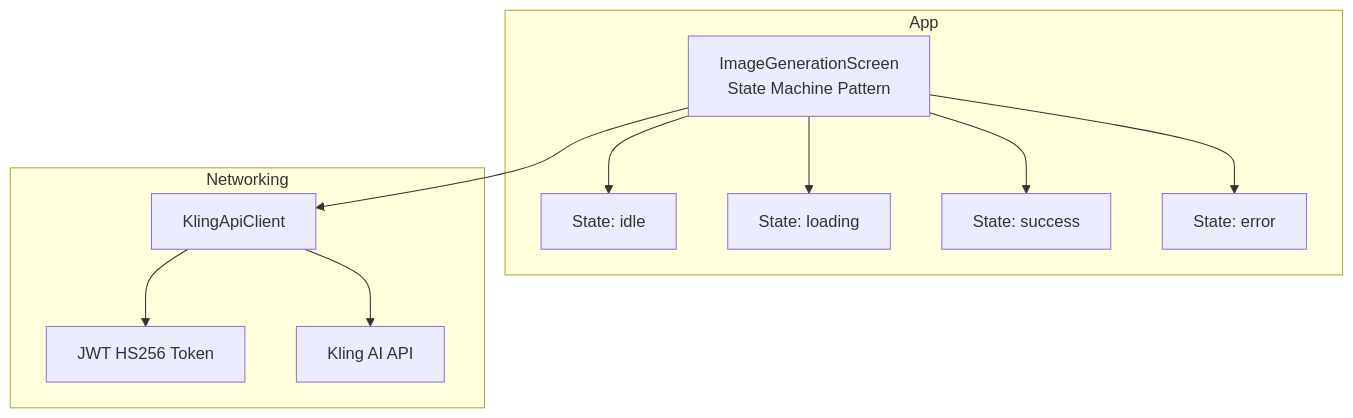
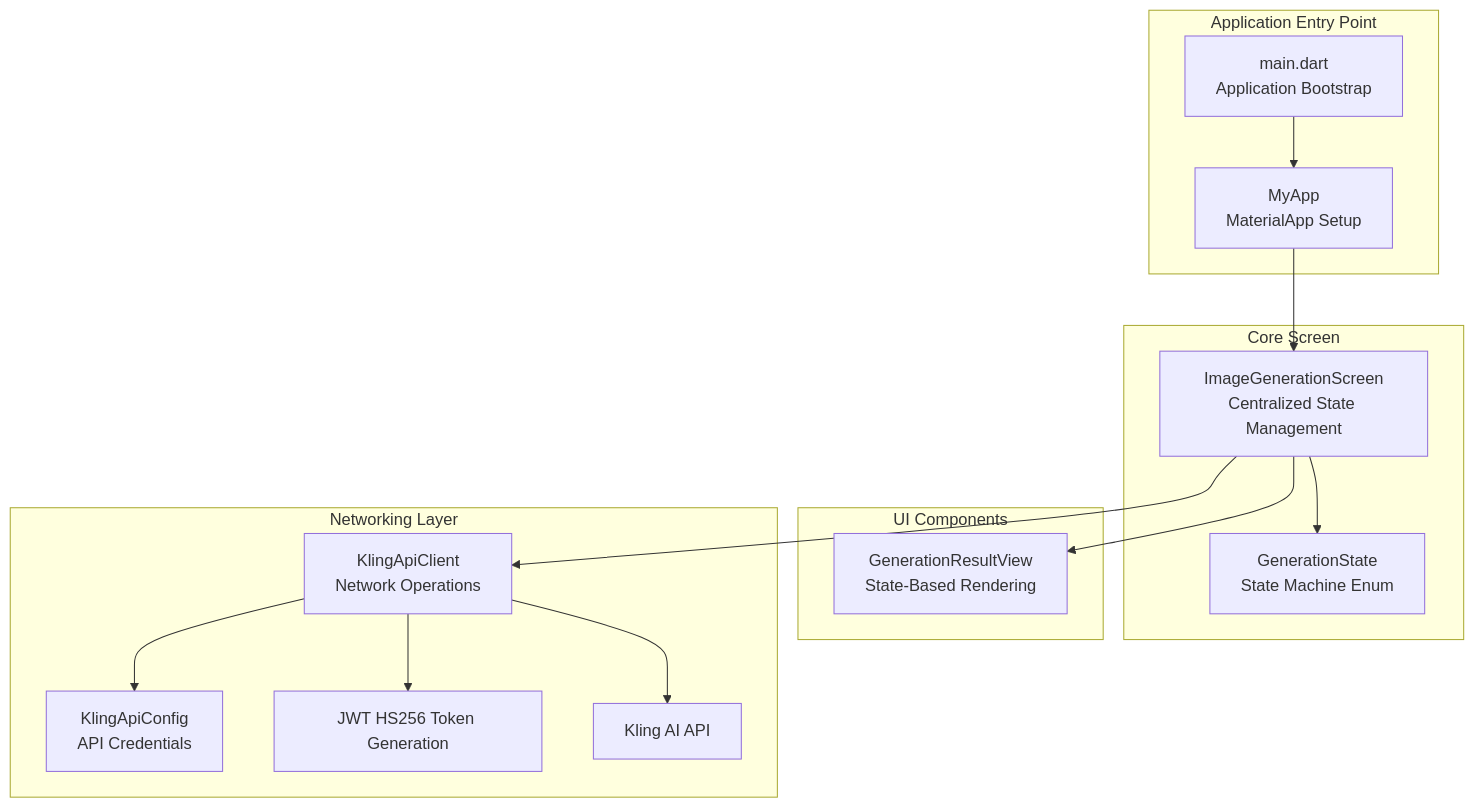
One commit to cripnail/kling_app changed the first of 7 diagrams in .qoder/repowiki/en/content/Core Features/Core Features.md. Above: the diagram before and after it, drawn with Mermaid. The commit also changed other lines of this file and 15 other files, not shown here.

````diff
--- a/.qoder/repowiki/en/content/Core Features/Core Features.md
+++ b/.qoder/repowiki/en/content/Core Features/Core Features.md
@@ -35,22 +47,28 @@
 ```mermaid
 graph TB
-subgraph "App"
-UI["ImageGenerationScreen<br/>State Machine Pattern"]
-StateIdle["State: idle"]
-StateLoading["State: loading"]
-StateSuccess["State: success"]
-StateError["State: error"]
+subgraph "Application Entry Point"
+Main["main.dart<br/>Application Bootstrap"]
+MyApp["MyApp<br/>MaterialApp Setup"]
 end
-subgraph "Networking"
-Client["KlingApiClient"]
-Auth["JWT HS256 Token"]
+subgraph "Core Screen"
+Screen["ImageGenerationScreen<br/>Centralized State Management"]
+StateEnum["GenerationState<br/>State Machine Enum"]
+end
+subgraph "UI Components"
+ResultWidget["GenerationResultView<br/>State-Based Rendering"]
+end
+subgraph "Networking Layer"
+Client["KlingApiClient<br/>Network Operations"]
+Config["KlingApiConfig<br/>API Credentials"]
+Auth["JWT HS256 Token Generation"]
 API["Kling AI API"]
 end
-UI --> Client
+Main --> MyApp
+MyApp --> Screen
+Screen --> StateEnum
+Screen --> ResultWidget
+Screen --> Client
+Client --> Config
 Client --> Auth
 Client --> API
-UI --> StateIdle
-UI --> StateLoading
-UI --> StateSuccess
-UI --> StateError
 ```
````
